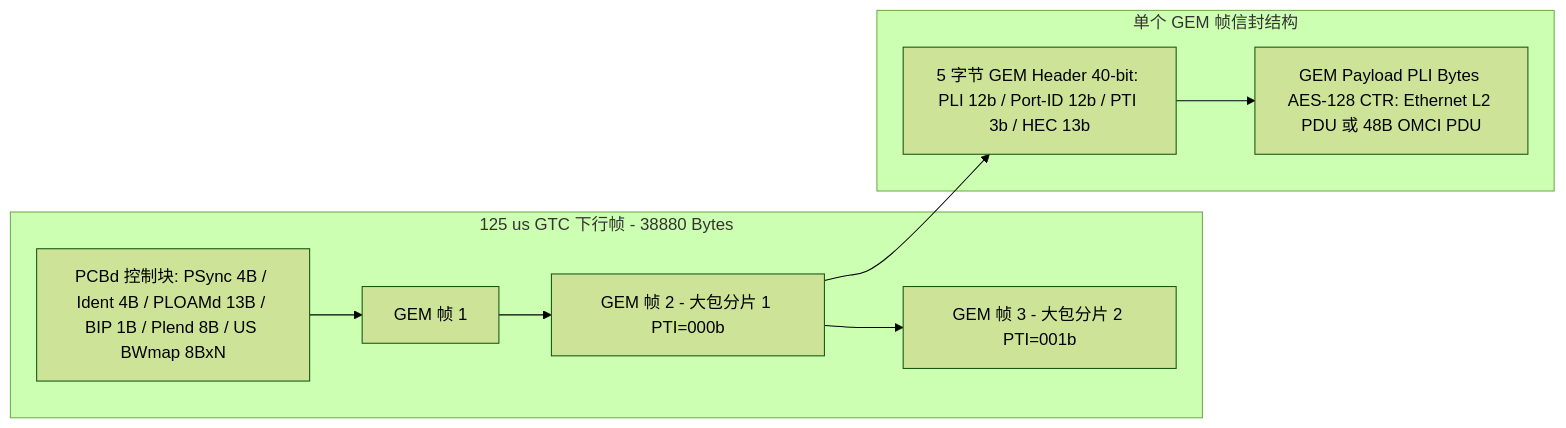
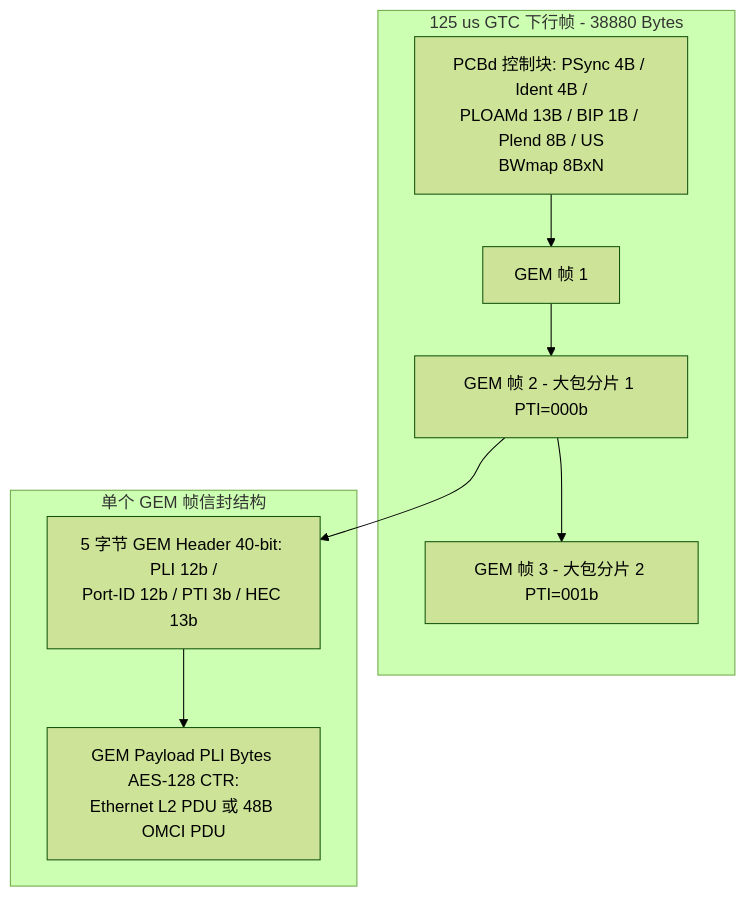
The second of 4 diagrams in 08_data_flow/05_cpu_tap_and_mgmt_path.md (difanz/lantiq-falcon-s-docs), drawn with Mermaid (forest theme) before and after one commit. The commit also changed other lines of this file and 33 other files, not shown here.

Commit message:
Improve diagram readability and adopt the Material theme

````diff
--- a/08_data_flow/05_cpu_tap_and_mgmt_path.md
+++ b/08_data_flow/05_cpu_tap_and_mgmt_path.md
@@ -86,17 +93,17 @@
 ```mermaid
-flowchart LR
+flowchart TD
     subgraph GTC_FRAME["125 us GTC 下行帧 - 38880 Bytes"]
-        PCBD["PCBd 控制块: PSync 4B / Ident 4B / PLOAMd 13B / BIP 1B / Plend 8B / US BWmap 8BxN"]
+        PCBD["PCBd 控制块: PSync 4B / Ident 4B /<br/>PLOAMd 13B / BIP 1B / Plend 8B / US<br/>BWmap 8BxN"]
         GEM1["GEM 帧 1"]
         GEM2["GEM 帧 2 - 大包分片 1 PTI=000b"]
         GEM3["GEM 帧 3 - 大包分片 2 PTI=001b"]
     end
 
     subgraph GEM_ENV["单个 GEM 帧信封结构"]
-        GHDR["5 字节 GEM Header 40-bit: PLI 12b / Port-ID 12b / PTI 3b / HEC 13b"]
-        GPAY["GEM Payload PLI Bytes AES-128 CTR: Ethernet L2 PDU 或 48B OMCI PDU"]
+        GHDR["5 字节 GEM Header 40-bit: PLI 12b /<br/>Port-ID 12b / PTI 3b / HEC 13b"]
+        GPAY["GEM Payload PLI Bytes AES-128 CTR:<br/>Ethernet L2 PDU 或 48B OMCI PDU"]
     end
 
     PCBD --> GEM1 --> GEM2 --> GEM3
     GEM2 --> GHDR --> GPAY
 ```
````
